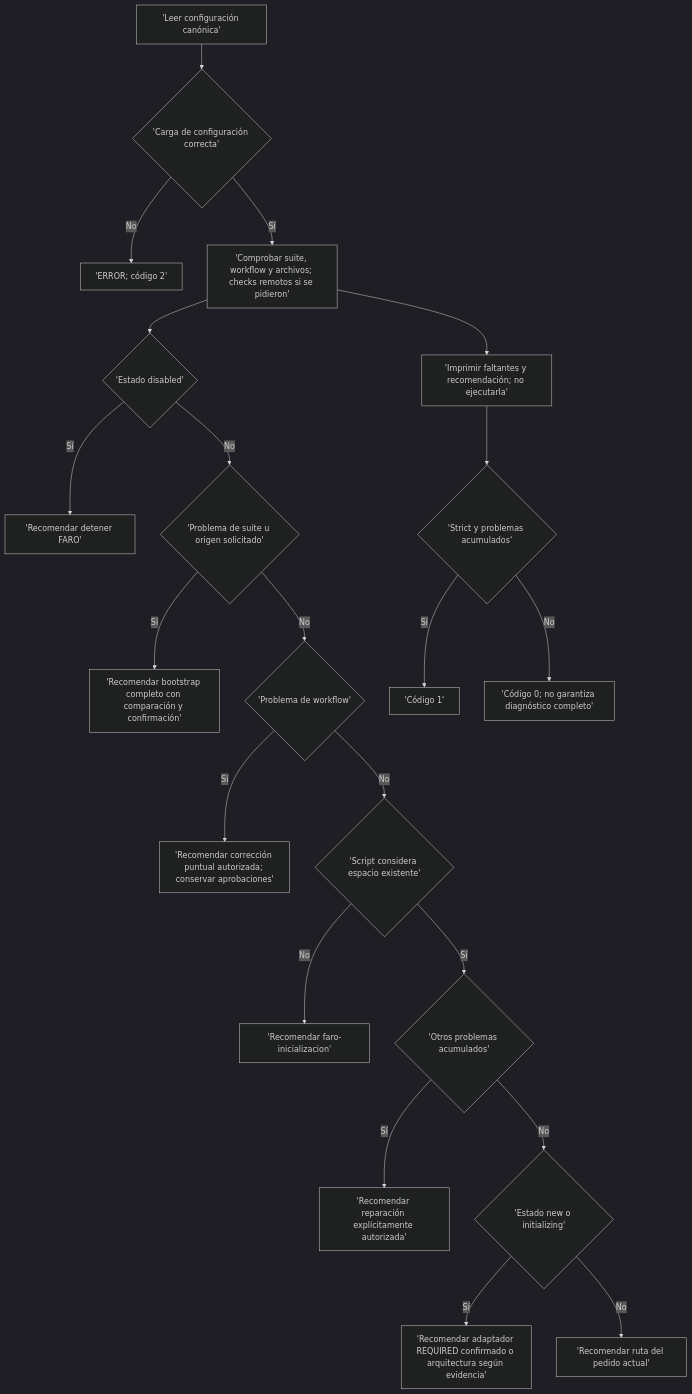
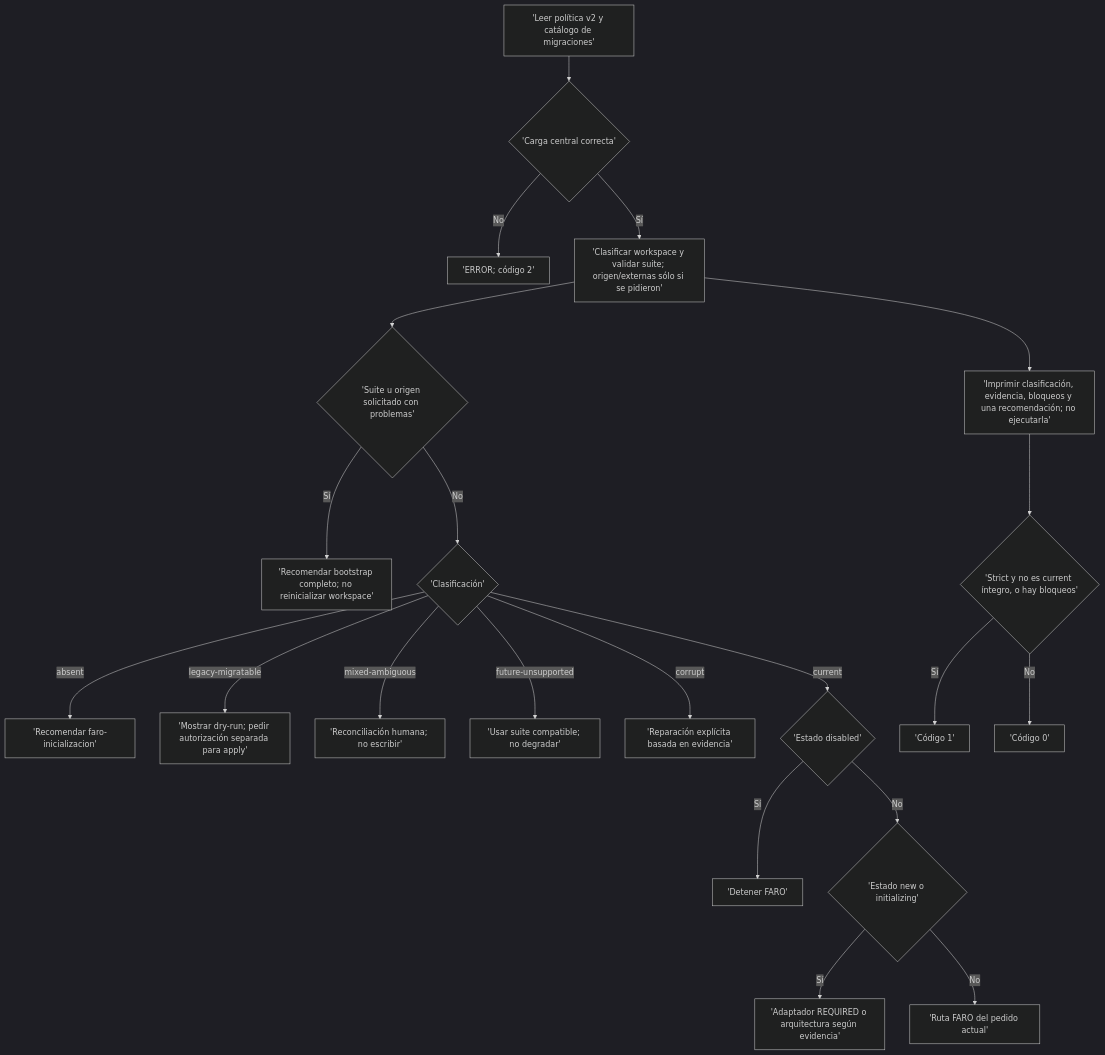
Before and after one commit to matgro/faro-suite-skills: the fourth of 4 diagrams in docs/flujo-faro/01-inicio-y-doctor.md, drawn with Mermaid (dark theme). The commit also changed other lines of this file and 73 other files, not shown here.

````diff
--- a/docs/flujo-faro/01-inicio-y-doctor.md
+++ b/docs/flujo-faro/01-inicio-y-doctor.md
@@ -204,23 +209,23 @@
 ```mermaid
 flowchart TD
-    D0['Leer configuración canónica'] --> D1{'Carga de configuración correcta'}
+    D0['Leer política v2 y catálogo de migraciones'] --> D1{'Carga central correcta'}
     D1 -->|No| D2['ERROR; código 2']
-    D1 -->|Sí| D3['Comprobar suite, workflow y archivos; checks remotos si se pidieron']
-    D3 --> D4{'Estado disabled'}
-    D4 -->|Sí| D5['Recomendar detener FARO']
-    D4 -->|No| D6{'Problema de suite u origen solicitado'}
-    D6 -->|Sí| D7['Recomendar bootstrap completo con comparación y confirmación']
-    D6 -->|No| D8{'Problema de workflow'}
-    D8 -->|Sí| D9['Recomendar corrección puntual autorizada; conservar aprobaciones']
-    D8 -->|No| D10{'Script considera espacio existente'}
-    D10 -->|No| D11['Recomendar faro-inicializacion']
-    D10 -->|Sí| D12{'Otros problemas acumulados'}
-    D12 -->|Sí| D13['Recomendar reparación explícitamente autorizada']
+    D1 -->|Sí| D3['Clasificar workspace y validar suite; origen/externas sólo si se pidieron']
+    D3 --> D4{'Suite u origen solicitado con problemas'}
+    D4 -->|Sí| D5['Recomendar bootstrap completo; no reinicializar workspace']
+    D4 -->|No| D6{'Clasificación'}
+    D6 -->|absent| D7['Recomendar faro-inicializacion']
+    D6 -->|legacy-migratable| D8['Mostrar dry-run; pedir autorización separada para apply']
+    D6 -->|mixed-ambiguous| D9['Reconciliación humana; no escribir']
+    D6 -->|future-unsupported| D10['Usar suite compatible; no degradar']
+    D6 -->|corrupt| D11['Reparación explícita basada en evidencia']
+    D6 -->|current| D12{'Estado disabled'}
+    D12 -->|Sí| D13['Detener FARO']
     D12 -->|No| D14{'Estado new o initializing'}
-    D14 -->|Sí| D15['Recomendar adaptador REQUIRED confirmado o arquitectura según evidencia']
-    D14 -->|No| D16['Recomendar ruta del pedido actual']
-    D3 --> D17['Imprimir faltantes y recomendación; no ejecutarla']
-    D17 --> D18{'Strict y problemas acumulados'}
+    D14 -->|Sí| D15['Adaptador REQUIRED o arquitectura según evidencia']
+    D14 -->|No| D16['Ruta FARO del pedido actual']
+    D3 --> D17['Imprimir clasificación, evidencia, bloqueos y una recomendación; no ejecutarla']
+    D17 --> D18{'Strict y no es current íntegro, o hay bloqueos'}
     D18 -->|Sí| D19['Código 1']
-    D18 -->|No| D20['Código 0; no garantiza diagnóstico completo']
+    D18 -->|No| D20['Código 0']
 ```
````
